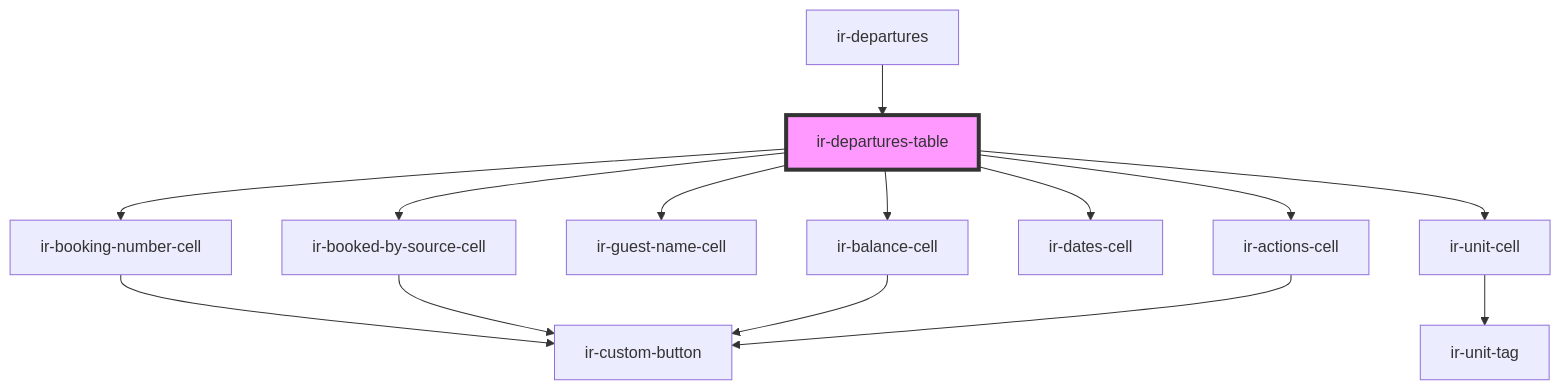
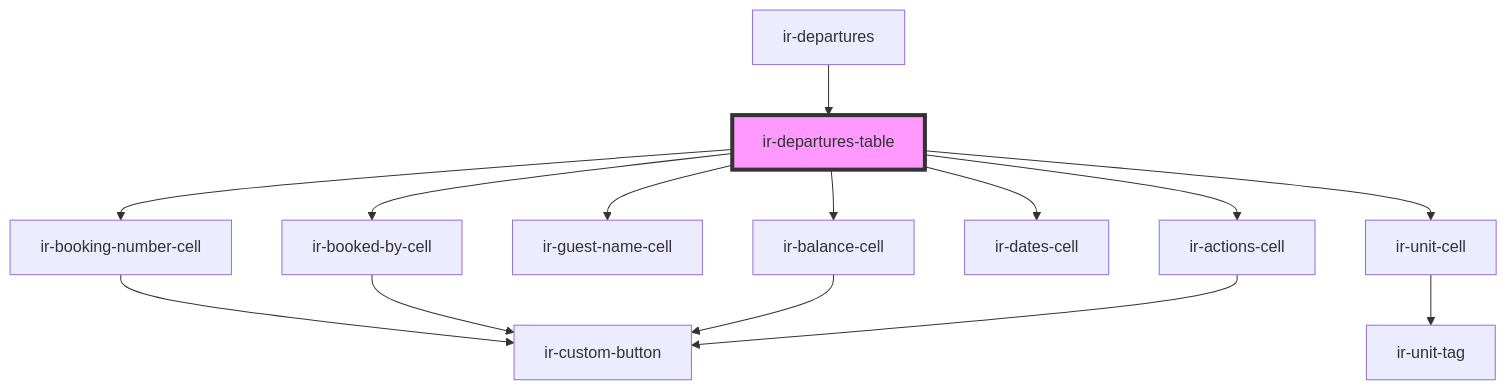
One commit to David1Chowaifaty/modified-ir-webcmp changed the diagram in src/components/ir-departures/ir-departures-table/readme.md. Above: the diagram before and after it, drawn with Mermaid. The commit also changed other lines of this file and 69 other files, not shown here.

````diff
--- a/src/components/ir-departures/ir-departures-table/readme.md
+++ b/src/components/ir-departures/ir-departures-table/readme.md
@@ -25,17 +25,17 @@
 ```mermaid
 graph TD;
   ir-departures-table --> ir-booking-number-cell
-  ir-departures-table --> ir-booked-by-source-cell
+  ir-departures-table --> ir-booked-by-cell
   ir-departures-table --> ir-guest-name-cell
   ir-departures-table --> ir-unit-cell
   ir-departures-table --> ir-dates-cell
   ir-departures-table --> ir-balance-cell
   ir-departures-table --> ir-actions-cell
   ir-booking-number-cell --> ir-custom-button
-  ir-booked-by-source-cell --> ir-custom-button
+  ir-booked-by-cell --> ir-custom-button
   ir-unit-cell --> ir-unit-tag
   ir-balance-cell --> ir-custom-button
   ir-actions-cell --> ir-custom-button
   ir-departures --> ir-departures-table
   style ir-departures-table fill:#f9f,stroke:#333,stroke-width:4px
 ```
````
